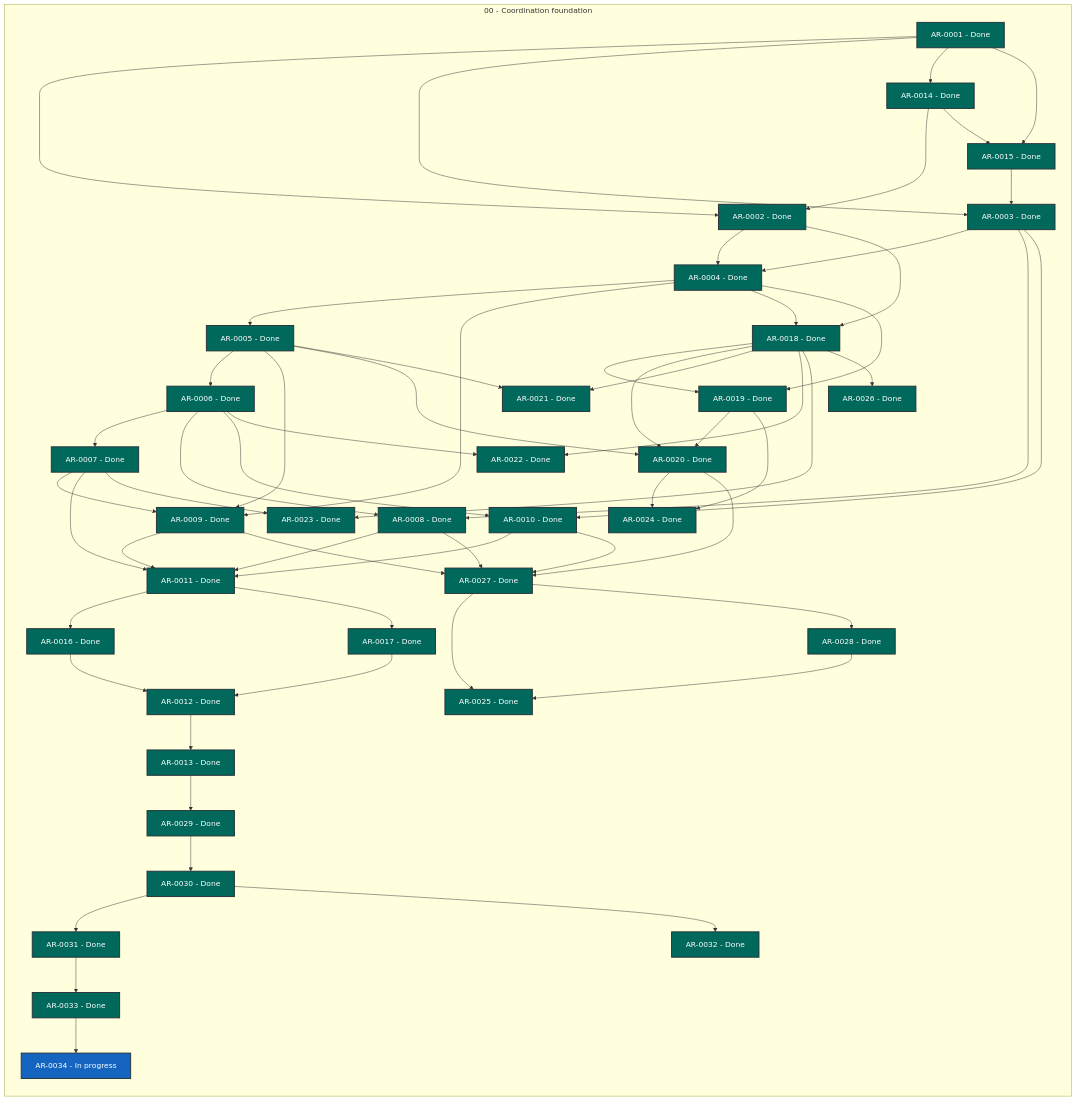
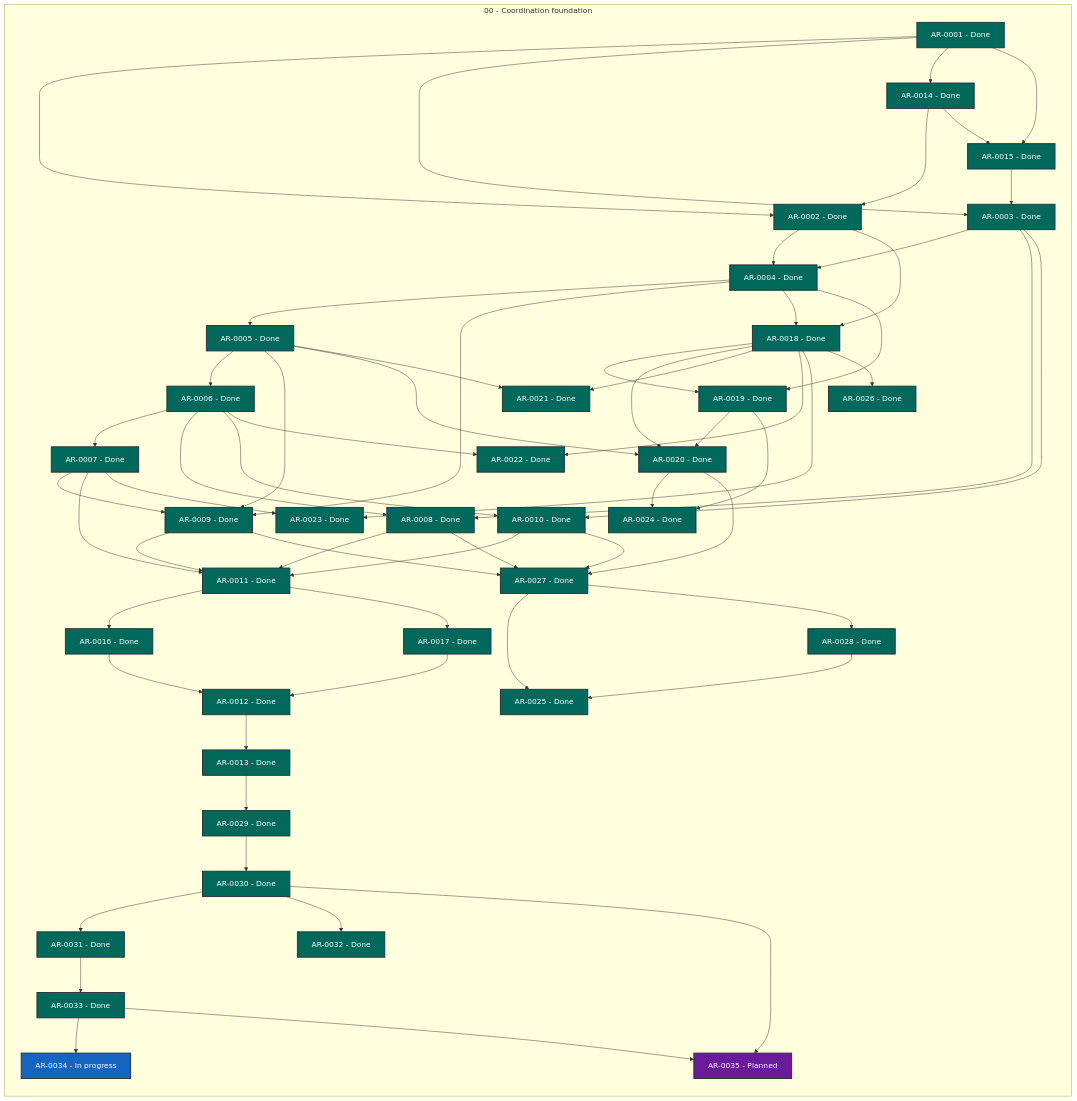
Before and after one commit to martin-beck/agent-workflow-tui-state: the diagram in STATUS.md, drawn with Mermaid. The commit also changed other lines of this file and 3 other files, not shown here.

```diff
--- a/STATUS.md
+++ b/STATUS.md
@@ -62,6 +62,7 @@
         AR_0032["AR-0032 - Done"]:::status_done
         AR_0033["AR-0033 - Done"]:::status_done
         AR_0034["AR-0034 - In progress"]:::status_in_progress
+        AR_0035["AR-0035 - Planned"]:::status_planned
     end
     AR_0001 --> AR_0002
     AR_0001 --> AR_0003
@@ -118,8 +119,10 @@
     AR_0029 --> AR_0030
     AR_0030 --> AR_0031
     AR_0030 --> AR_0032
+    AR_0030 --> AR_0035
     AR_0031 --> AR_0033
     AR_0033 --> AR_0034
+    AR_0033 --> AR_0035
     classDef status_in_progress fill:#1565c0,color:#ffffff,stroke:#263238,stroke-width:2px
     classDef status_open fill:#2e7d32,color:#ffffff,stroke:#263238,stroke-width:2px
     classDef status_blocked fill:#c62828,color:#ffffff,stroke:#263238,stroke-width:2px
```
